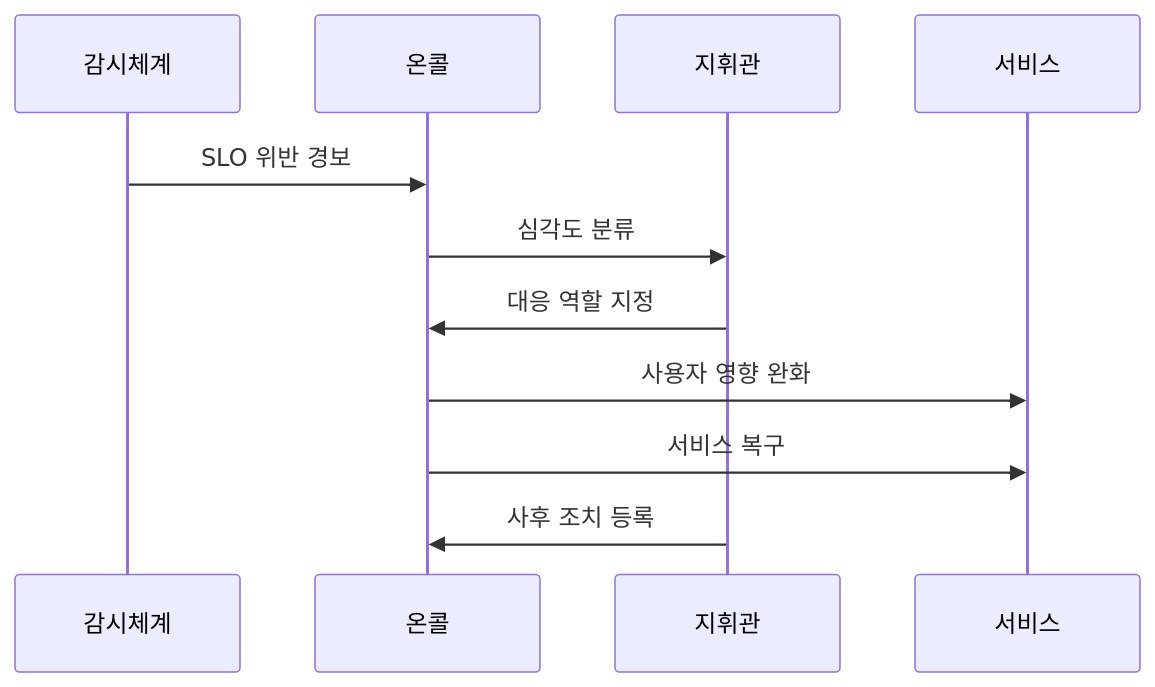
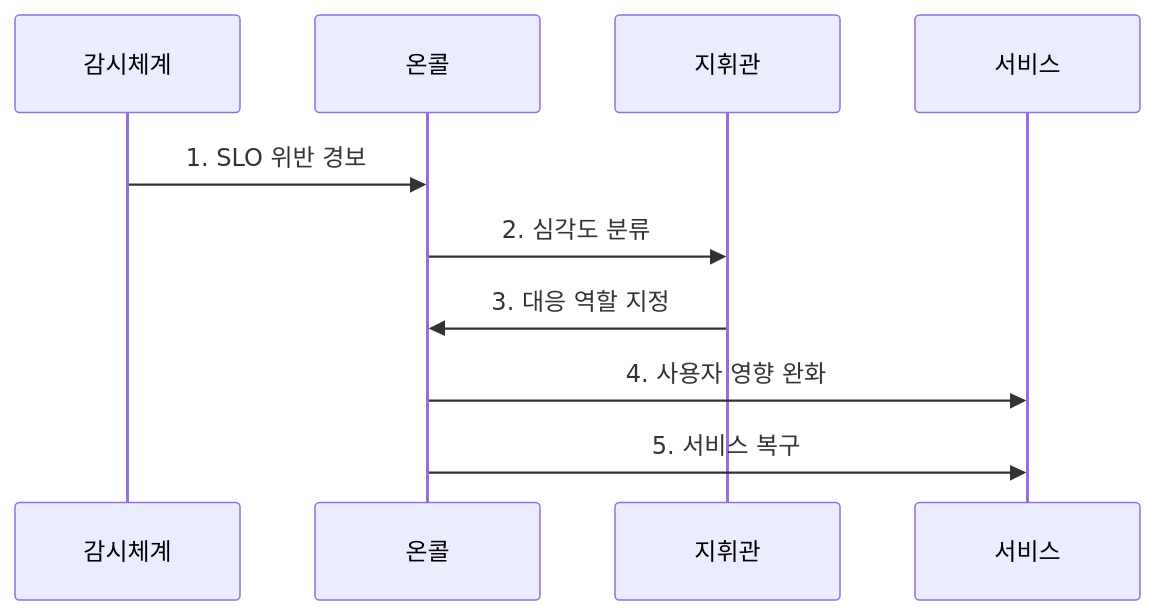
Before and after one commit to agnusdei1207/knowledge-base: the second of 2 diagrams in src/content/docs/notes/03-software/214_sre_oncall_incident_management.md, drawn with Mermaid. The commit also changed other lines of this file and 20 other files, not shown here.

````diff
--- a/src/content/docs/notes/03-software/214_sre_oncall_incident_management.md
+++ b/src/content/docs/notes/03-software/214_sre_oncall_incident_management.md
@@ -77,13 +81,13 @@
 ```mermaid
 sequenceDiagram
     participant 감시체계
     participant 온콜
     participant 지휘관
     participant 서비스
-    감시체계->>온콜: SLO 위반 경보
-    온콜->>지휘관: 심각도 분류
-    지휘관->>온콜: 대응 역할 지정
-    온콜->>서비스: 사용자 영향 완화
-    온콜->>서비스: 서비스 복구
-    지휘관->>온콜: 사후 조치 등록
+    감시체계->>온콜: 1. SLO 위반 경보
+    온콜->>지휘관: 2. 심각도 분류
+    지휘관->>온콜: 3. 대응 역할 지정
+    온콜->>서비스: 4. 사용자 영향 완화
+    온콜->>서비스: 5. 서비스 복구
+
 ```
````
